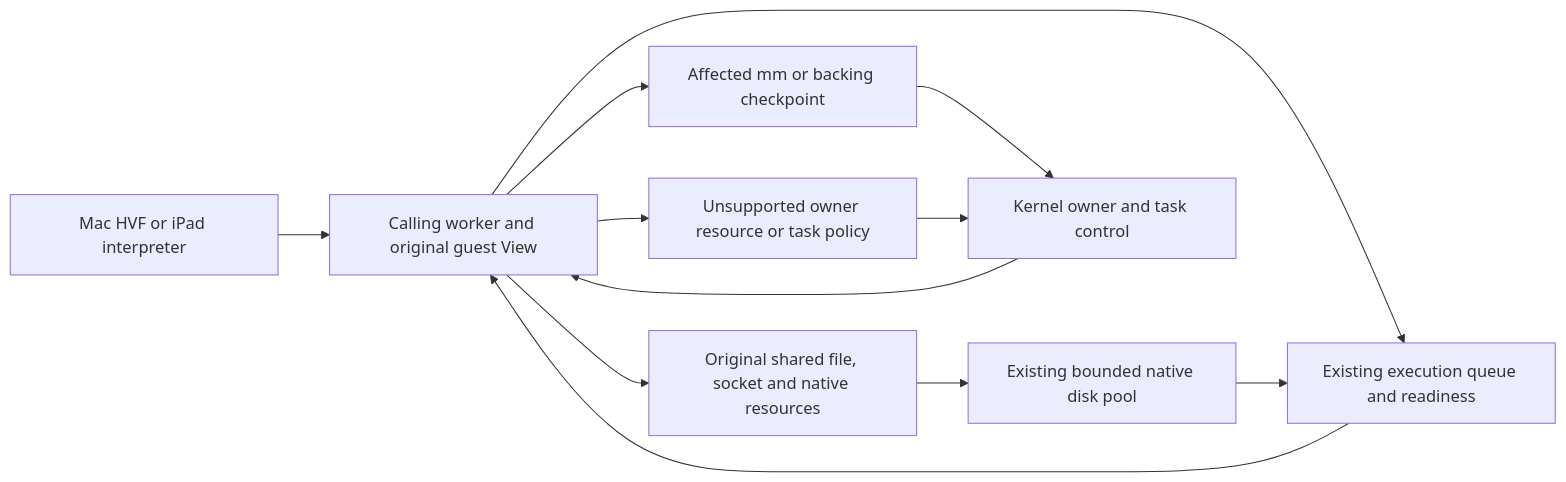
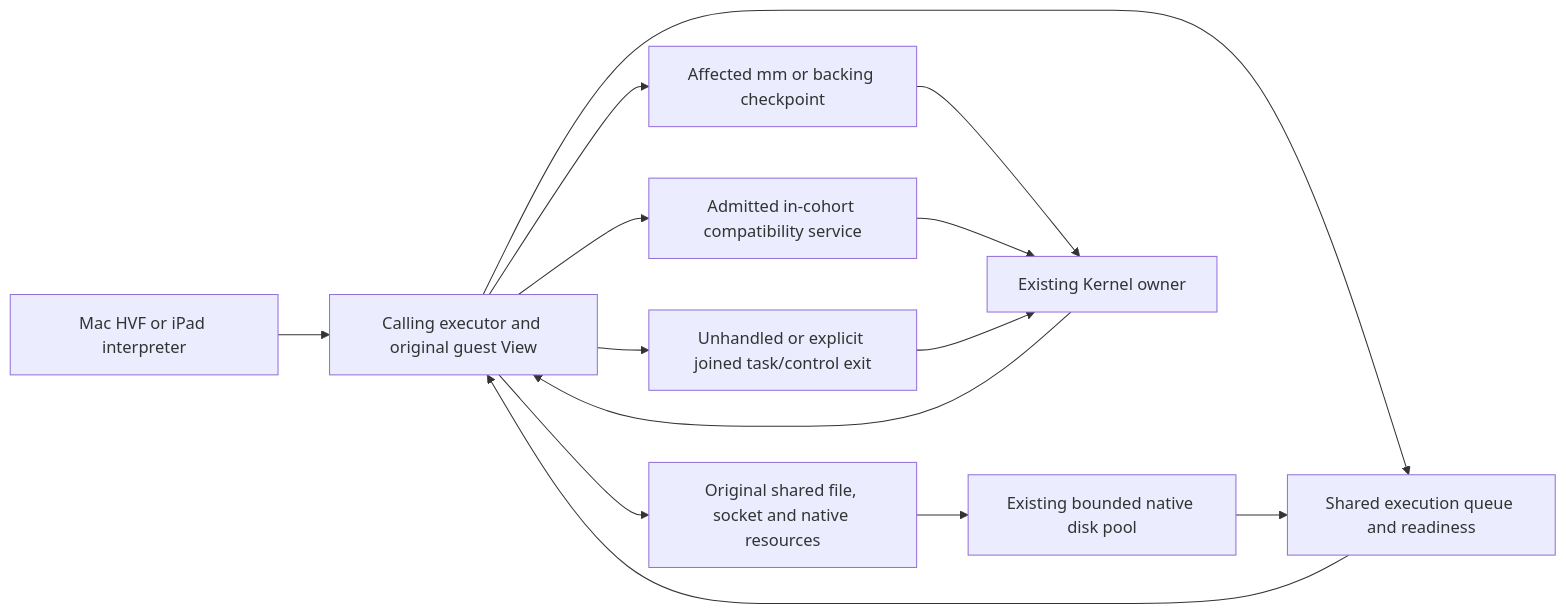
One commit to kb5000/trames-runtime changed the diagram in docs/architecture/coordination-boundaries.md. Above: the diagram before and after it, drawn with Mermaid. The commit also changed other lines of this file, not shown here.

````diff
--- a/docs/architecture/coordination-boundaries.md
+++ b/docs/architecture/coordination-boundaries.md
@@ -11,14 +54,16 @@
 ```mermaid
 flowchart LR
-    CPU[Mac HVF or iPad interpreter] --> Entry[Calling worker and original guest View]
+    CPU[Mac HVF or iPad interpreter] --> Entry[Calling executor and original guest View]
     Entry --> Shared[Original shared file, socket and native resources]
-    Entry --> Wait[Existing execution queue and readiness]
+    Entry --> Wait[Shared execution queue and readiness]
     Wait --> Entry
     Shared --> Disk[Existing bounded native disk pool]
     Disk --> Wait
-    Entry --> VM[Affected mm or backing checkpoint]
-    VM --> Owner[Kernel owner and task control]
-    Entry --> Compat[Unsupported owner resource or task policy]
-    Compat --> Owner
+    Entry --> Scope[Affected mm or backing checkpoint]
+    Entry --> Service[Admitted in-cohort compatibility service]
+    Entry --> Join[Unhandled or explicit joined task/control exit]
+    Scope --> Owner[Existing Kernel owner]
+    Service --> Owner
+    Join --> Owner
     Owner --> Entry
 ```
````
